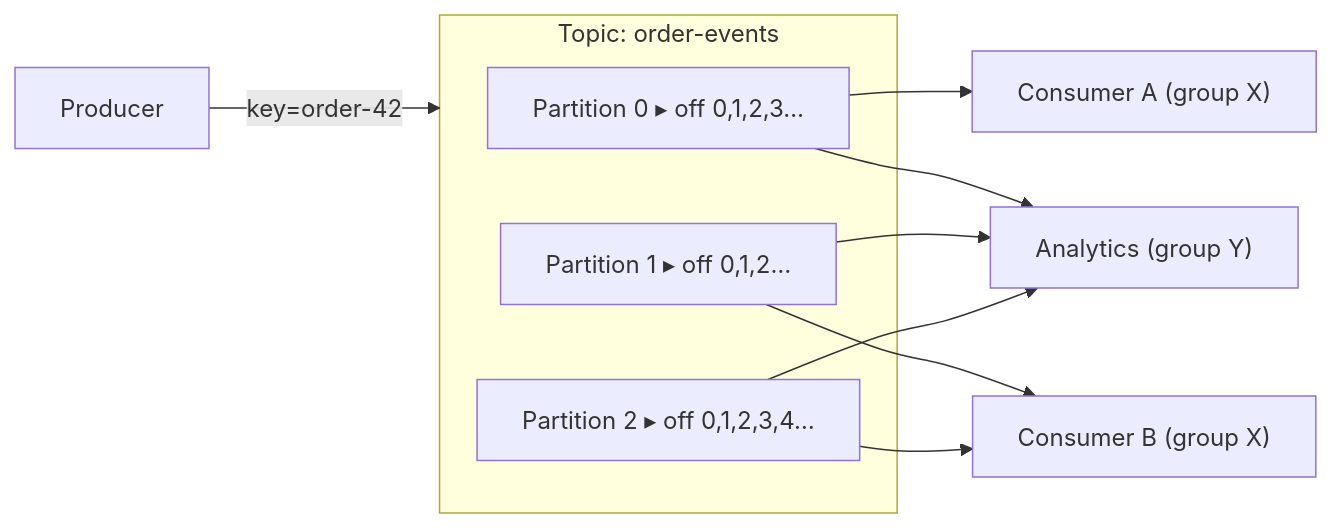
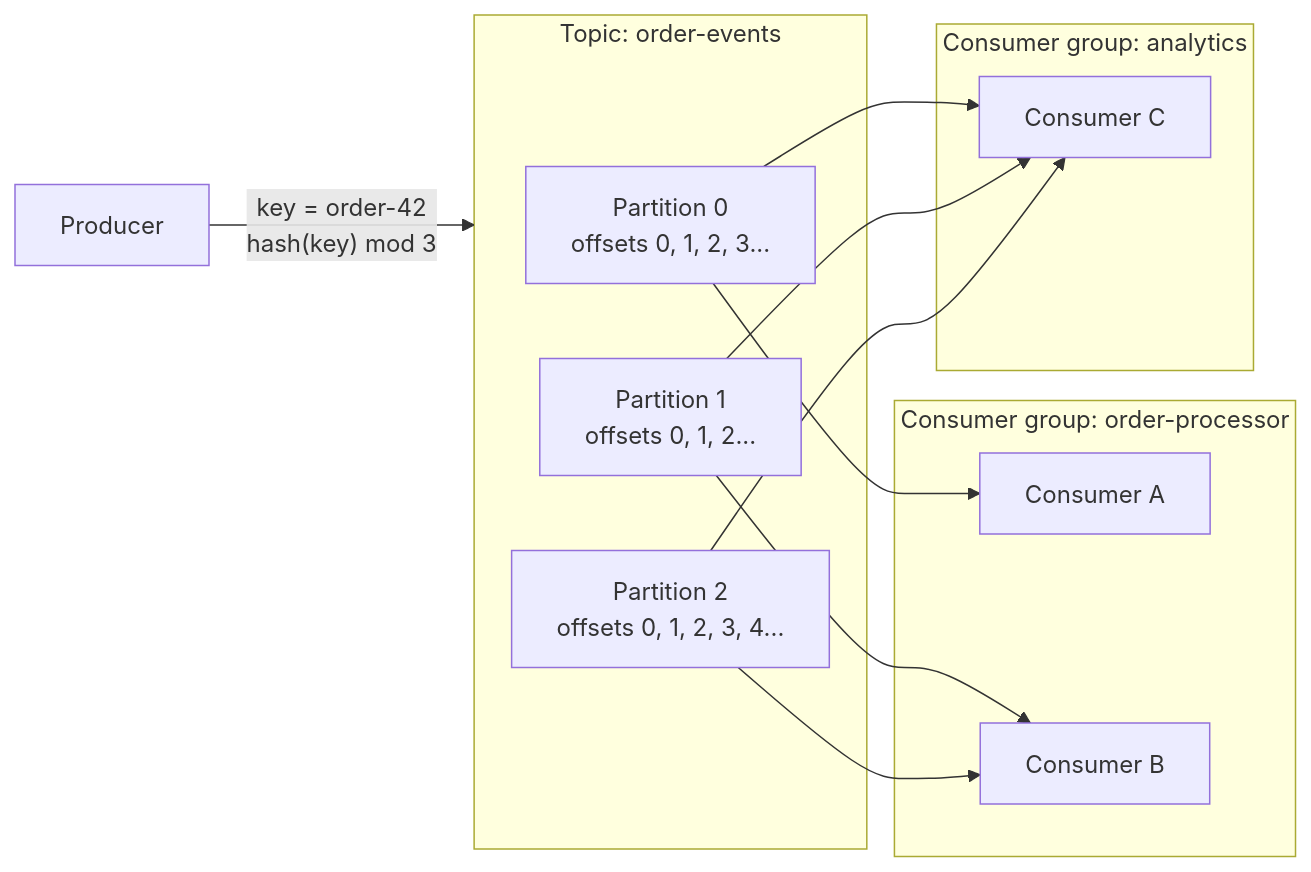
One commit to AndrewAltimit/Documentation changed the fifth of 10 diagrams in github-pages/docs/distributed-systems/microservices-and-event-driven.md. Above: the diagram before and after it, drawn with Mermaid. The commit also changed other lines of this file and 240 other files, not shown here.

````diff
--- a/github-pages/docs/distributed-systems/microservices-and-event-driven.md
+++ b/github-pages/docs/distributed-systems/microservices-and-event-driven.md
@@ -194,15 +234,22 @@
 ```mermaid
 flowchart LR
-    P["Producer"] -->|"key=order-42"| Topic
+    P["Producer"] -->|"key = order-42<br/>hash(key) mod 3"| Topic
     subgraph Topic["Topic: order-events"]
-      Pa0["Partition 0  ▸ off 0,1,2,3…"]
-      Pa1["Partition 1  ▸ off 0,1,2…"]
-      Pa2["Partition 2  ▸ off 0,1,2,3,4…"]
+      Pa0["Partition 0<br/>offsets 0, 1, 2, 3..."]
+      Pa1["Partition 1<br/>offsets 0, 1, 2..."]
+      Pa2["Partition 2<br/>offsets 0, 1, 2, 3, 4..."]
     end
-    Pa0 --> C0["Consumer A (group X)"]
-    Pa1 --> C1["Consumer B (group X)"]
+    subgraph GX["Consumer group: order-processor"]
+      C0["Consumer A"]
+      C1["Consumer B"]
+    end
+    subgraph GY["Consumer group: analytics"]
+      D0["Consumer C"]
+    end
+    Pa0 --> C0
+    Pa1 --> C1
     Pa2 --> C1
-    Pa0 --> D0["Analytics (group Y)"]
+    Pa0 --> D0
     Pa1 --> D0
     Pa2 --> D0
 ```
````
